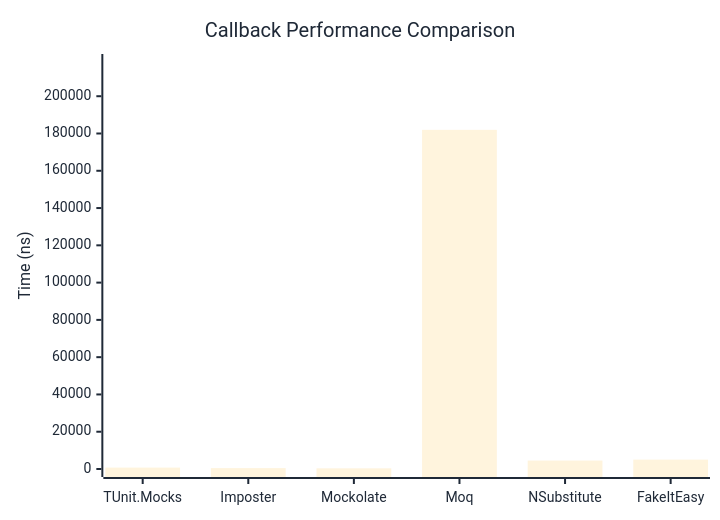
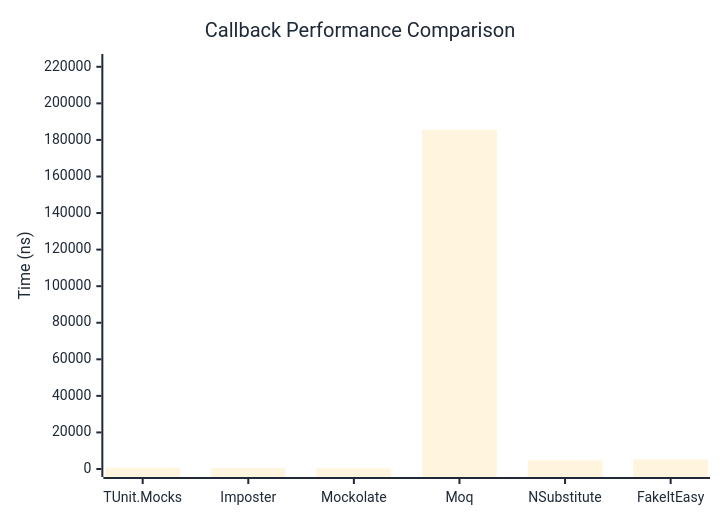
Before and after one commit to thomhurst/TUnit: the first of 2 diagrams in docs/docs/benchmarks/mocks/Callback.md, drawn with Mermaid. The commit also changed other lines of this file and 14 other files, not shown here.

````diff
--- a/docs/docs/benchmarks/mocks/Callback.md
+++ b/docs/docs/benchmarks/mocks/Callback.md
@@ -30,27 +30,27 @@
 ```mermaid
 %%{init: {
   'theme':'base',
   'themeVariables': {
     'primaryColor': '#2563eb',
     'primaryTextColor': '#1f2937',
     'primaryBorderColor': '#1e40af',
     'lineColor': '#6b7280',
     'secondaryColor': '#7c3aed',
     'tertiaryColor': '#dc2626',
     'background': '#ffffff',
     'pie1': '#2563eb',
     'pie2': '#7c3aed',
     'pie3': '#dc2626',
     'pie4': '#f59e0b',
     'pie5': '#10b981',
     'pie6': '#06b6d4',
     'pie7': '#ec4899',
     'pie8': '#6366f1'
   }
 }}%%
 xychart-beta
   title "Callback Performance Comparison"
   x-axis ["TUnit.Mocks", "Imposter", "Mockolate", "Moq", "NSubstitute", "FakeItEasy"]
-  y-axis "Time (ns)" 0 --> 218357
-  bar [749.7, 482, 356.7, 181963.7, 4529.3, 5027.1]
+  y-axis "Time (ns)" 0 --> 222624
+  bar [720.8, 493.7, 351.5, 185519.3, 4750, 5278.2]
 ```
````
